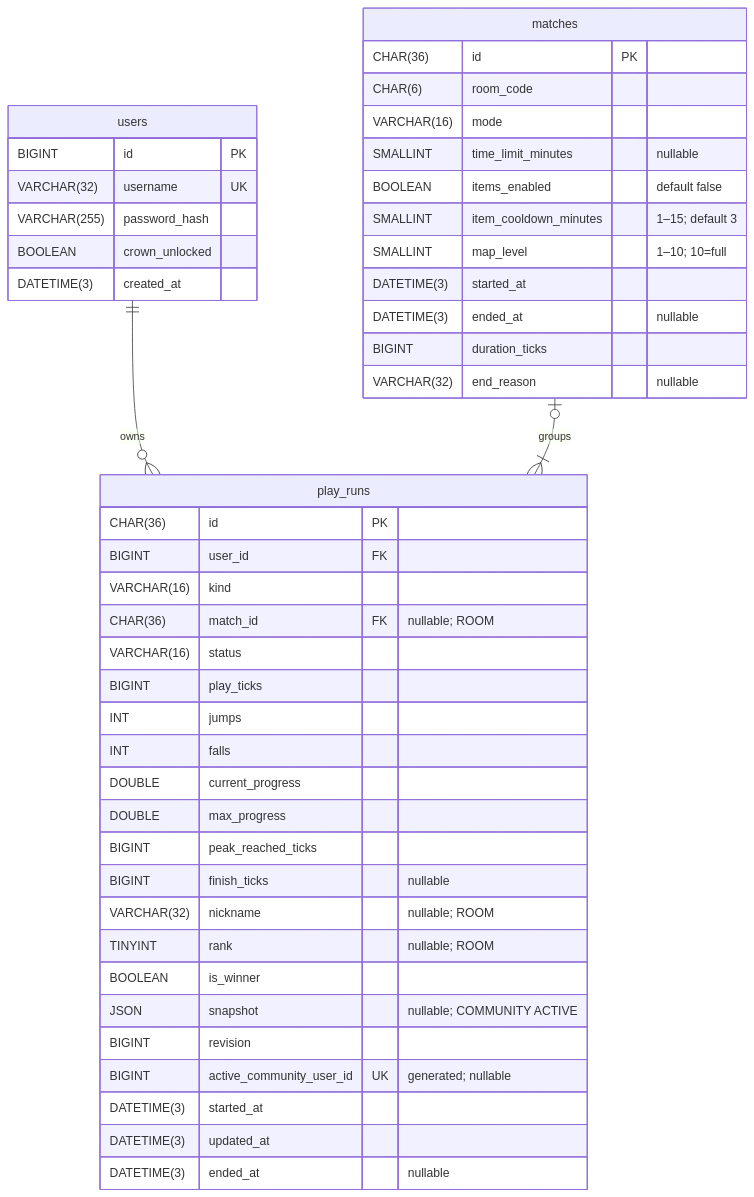
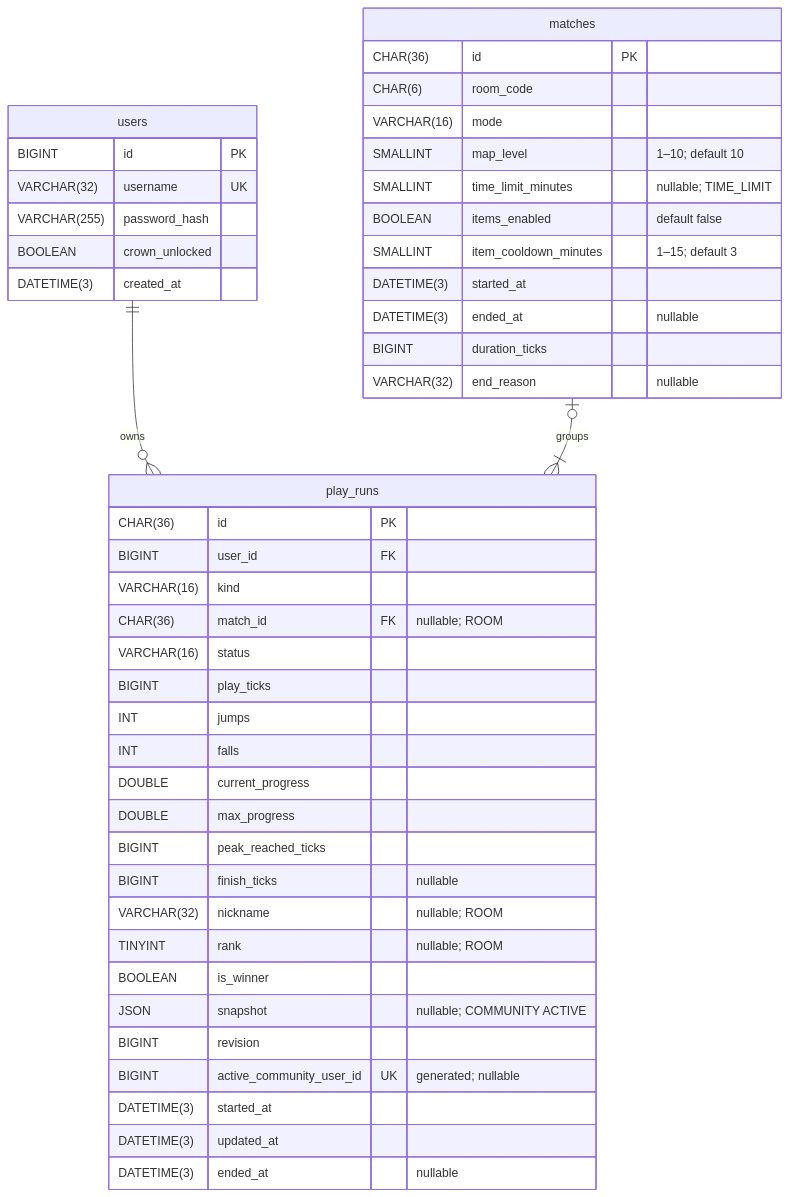
Before and after one commit to nvbangg/JumKing-Multiplayer: the diagram in docs/data.md, drawn with Mermaid. The commit also changed other lines of this file and 7 other files, not shown here.

````diff
--- a/docs/data.md
+++ b/docs/data.md
@@ -15,49 +13,48 @@
 ```mermaid
 erDiagram
     users ||--o{ play_runs : owns
     matches o|--|{ play_runs : groups
-
     users {
         BIGINT id PK
         VARCHAR(32) username UK
         VARCHAR(255) password_hash
         BOOLEAN crown_unlocked
         DATETIME(3) created_at
     }
     play_runs {
         CHAR(36) id PK
         BIGINT user_id FK
         VARCHAR(16) kind
         CHAR(36) match_id FK "nullable; ROOM"
         VARCHAR(16) status
         BIGINT play_ticks
         INT jumps
         INT falls
         DOUBLE current_progress
         DOUBLE max_progress
         BIGINT peak_reached_ticks
         BIGINT finish_ticks "nullable"
         VARCHAR(32) nickname "nullable; ROOM"
         TINYINT rank "nullable; ROOM"
         BOOLEAN is_winner
         JSON snapshot "nullable; COMMUNITY ACTIVE"
         BIGINT revision
         BIGINT active_community_user_id UK "generated; nullable"
         DATETIME(3) started_at
         DATETIME(3) updated_at
         DATETIME(3) ended_at "nullable"
     }
     matches {
         CHAR(36) id PK
         CHAR(6) room_code
         VARCHAR(16) mode
-        SMALLINT time_limit_minutes "nullable"
+        SMALLINT map_level "1–10; default 10"
+        SMALLINT time_limit_minutes "nullable; TIME_LIMIT"
         BOOLEAN items_enabled "default false"
         SMALLINT item_cooldown_minutes "1–15; default 3"
-        SMALLINT map_level "1–10; 10=full"
         DATETIME(3) started_at
         DATETIME(3) ended_at "nullable"
         BIGINT duration_ticks
         VARCHAR(32) end_reason "nullable"
     }
 ```
````
